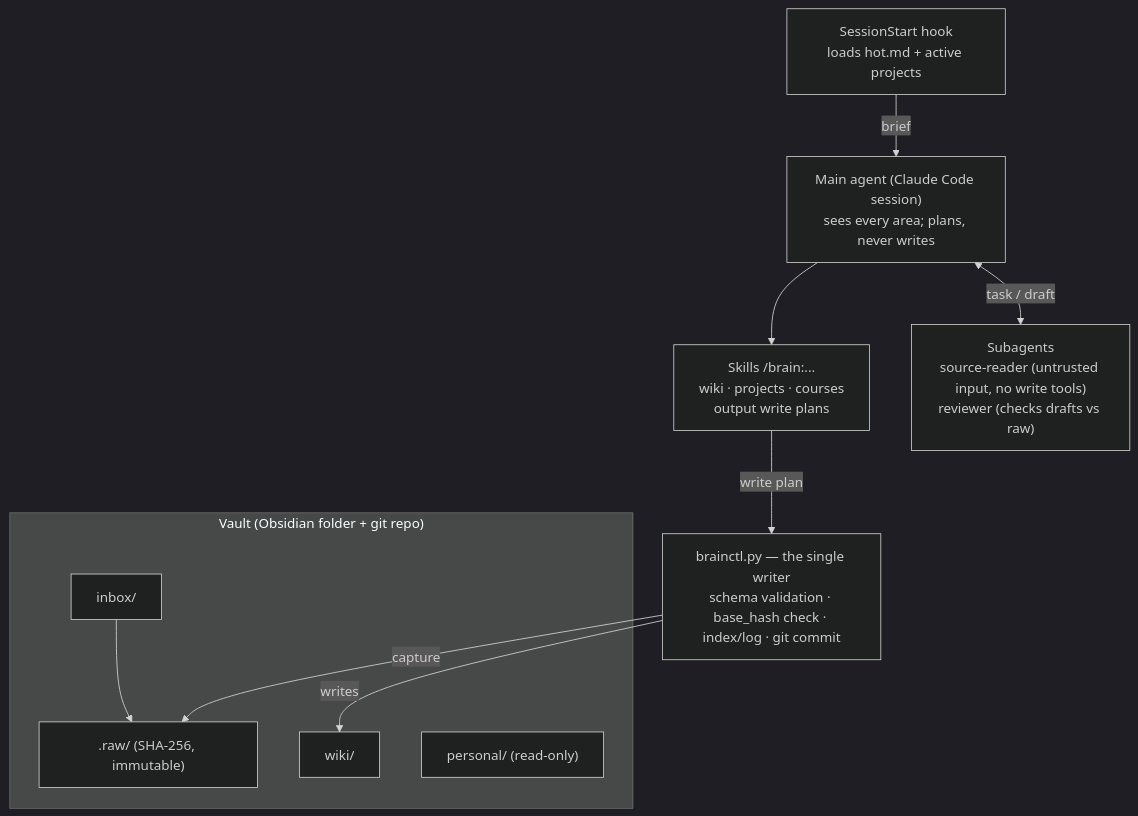
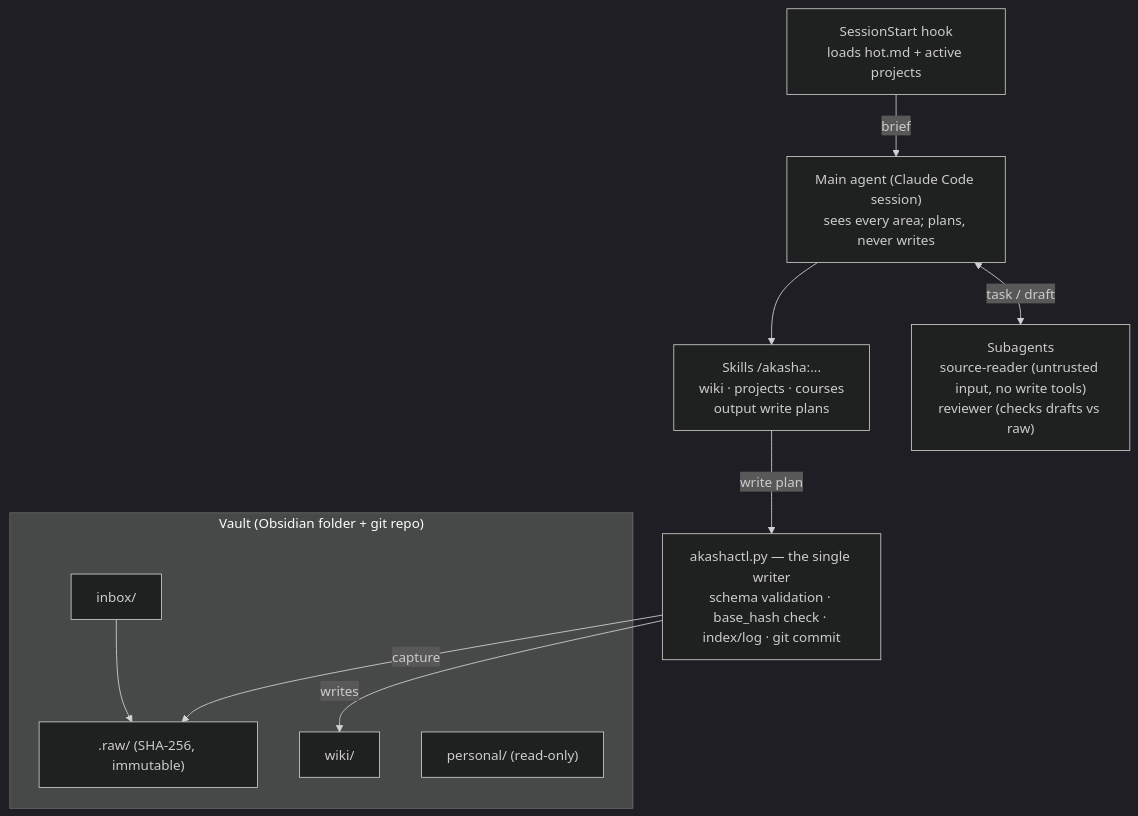
The diagram in docs/design.md (SC1432/Akasha), drawn with Mermaid (dark theme) before and after one commit. The commit also changed other lines of this file and 8 other files, not shown here.

````diff
--- a/docs/design.md
+++ b/docs/design.md
@@ -36,19 +36,19 @@
 ```mermaid
 flowchart TB
   main["Main agent (Claude Code session)<br/>sees every area; plans, never writes"]
-  skills["Skills /brain:...<br/>wiki · projects · courses<br/>output write plans"]
+  skills["Skills /akasha:...<br/>wiki · projects · courses<br/>output write plans"]
   sub["Subagents<br/>source-reader (untrusted input, no write tools)<br/>reviewer (checks drafts vs raw)"]
   hook["SessionStart hook<br/>loads hot.md + active projects"]
-  ctl["brainctl.py — the single writer<br/>schema validation · base_hash check · index/log · git commit"]
+  ctl["akashactl.py — the single writer<br/>schema validation · base_hash check · index/log · git commit"]
   subgraph vault["Vault (Obsidian folder + git repo)"]
     inbox["inbox/"] --> raw[".raw/ (SHA-256, immutable)"]
     wiki["wiki/"]
     personal["personal/ (read-only)"]
   end
   main --> skills
   main <-->|task / draft| sub
   hook -->|brief| main
   skills -->|write plan| ctl
   ctl -->|capture| raw
   ctl -->|writes| wiki
 ```
````
